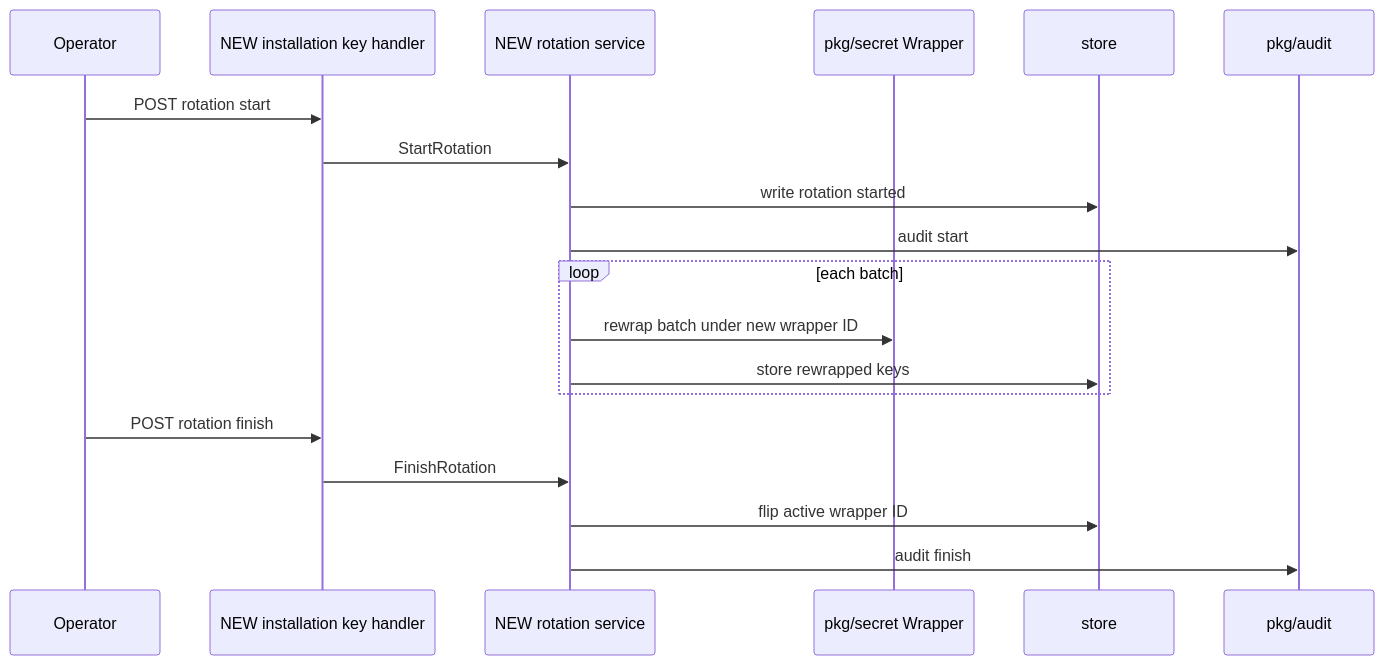
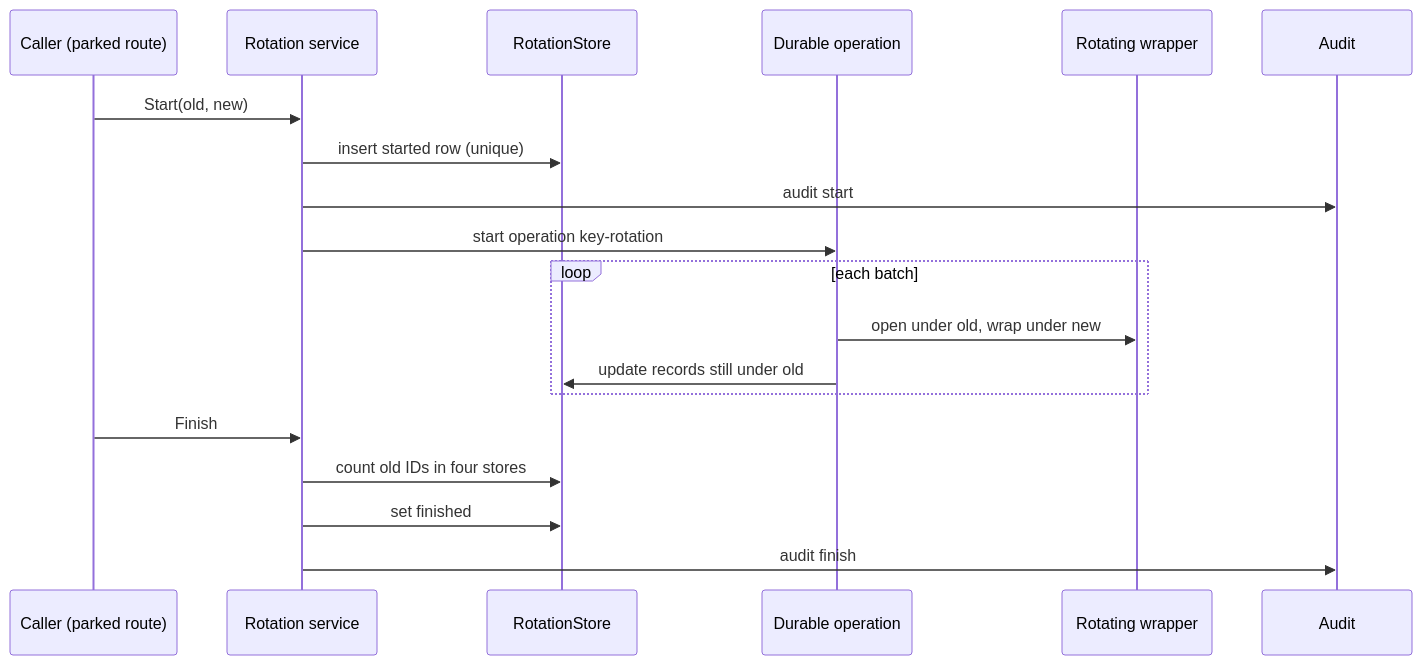
The first of 2 diagrams in openspec/changes/key-encryption-key-rotation/design.md (OpenDustpan/OpenDustpan), drawn with Mermaid before and after one commit. The commit also changed other lines of this file and 3 other files, not shown here.

First line of the commit message:
openspec: rewrite key-encryption-key-rotation against main

````diff
--- a/openspec/changes/key-encryption-key-rotation/design.md
+++ b/openspec/changes/key-encryption-key-rotation/design.md
@@ -33,21 +47,21 @@
 ```mermaid
 sequenceDiagram
-participant O as Operator
-participant H as NEW installation key handler
-participant S as NEW rotation service
-participant K as pkg/secret Wrapper
-participant D as store
-participant A as pkg/audit
-O->>H: POST rotation start
-H->>S: StartRotation
-S->>D: write rotation started
+participant C as Caller (parked route)
+participant S as Rotation service
+participant R as RotationStore
+participant D as Durable operation
+participant K as Rotating wrapper
+participant A as Audit
+C->>S: Start(old, new)
+S->>R: insert started row (unique)
 S->>A: audit start
+S->>D: start operation key-rotation
 loop each batch
-S->>K: rewrap batch under new wrapper ID
-S->>D: store rewrapped keys
+D->>K: open under old, wrap under new
+D->>R: update records still under old
 end
-O->>H: POST rotation finish
-H->>S: FinishRotation
-S->>D: flip active wrapper ID
+C->>S: Finish
+S->>R: count old IDs in four stores
+S->>R: set finished
 S->>A: audit finish
 ```
````
